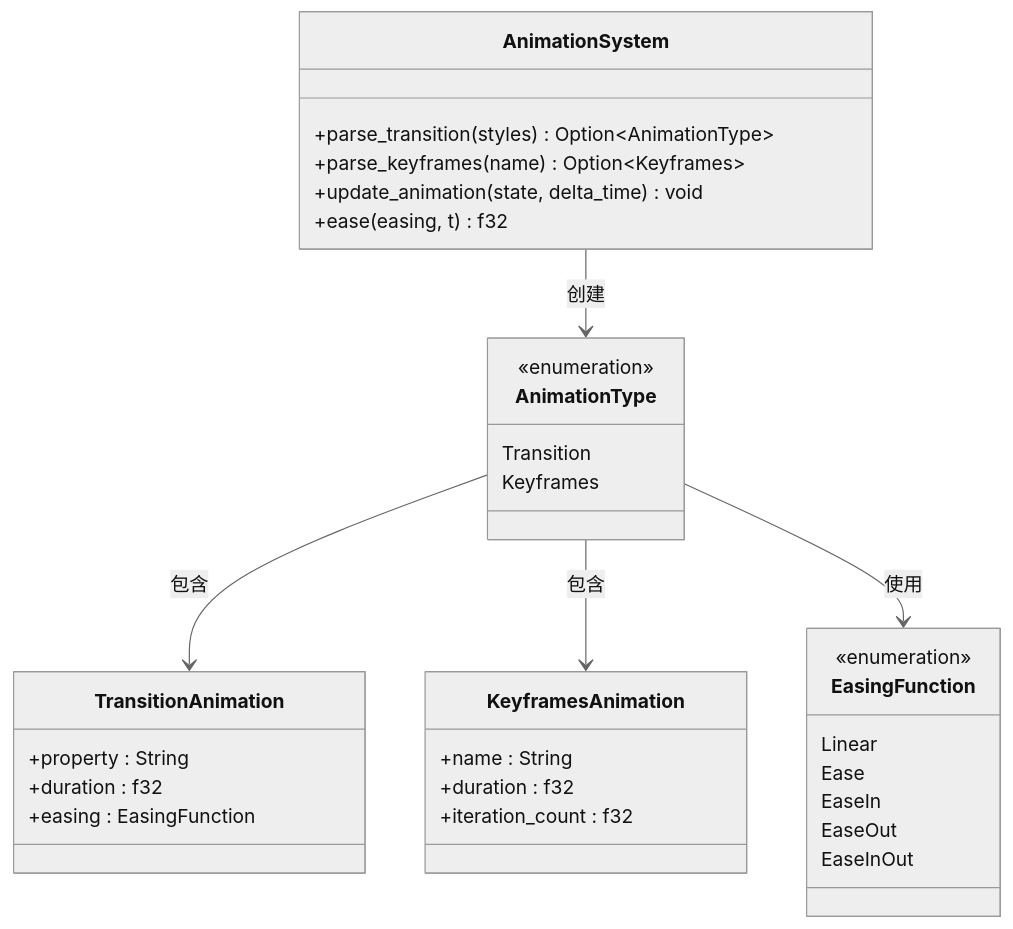
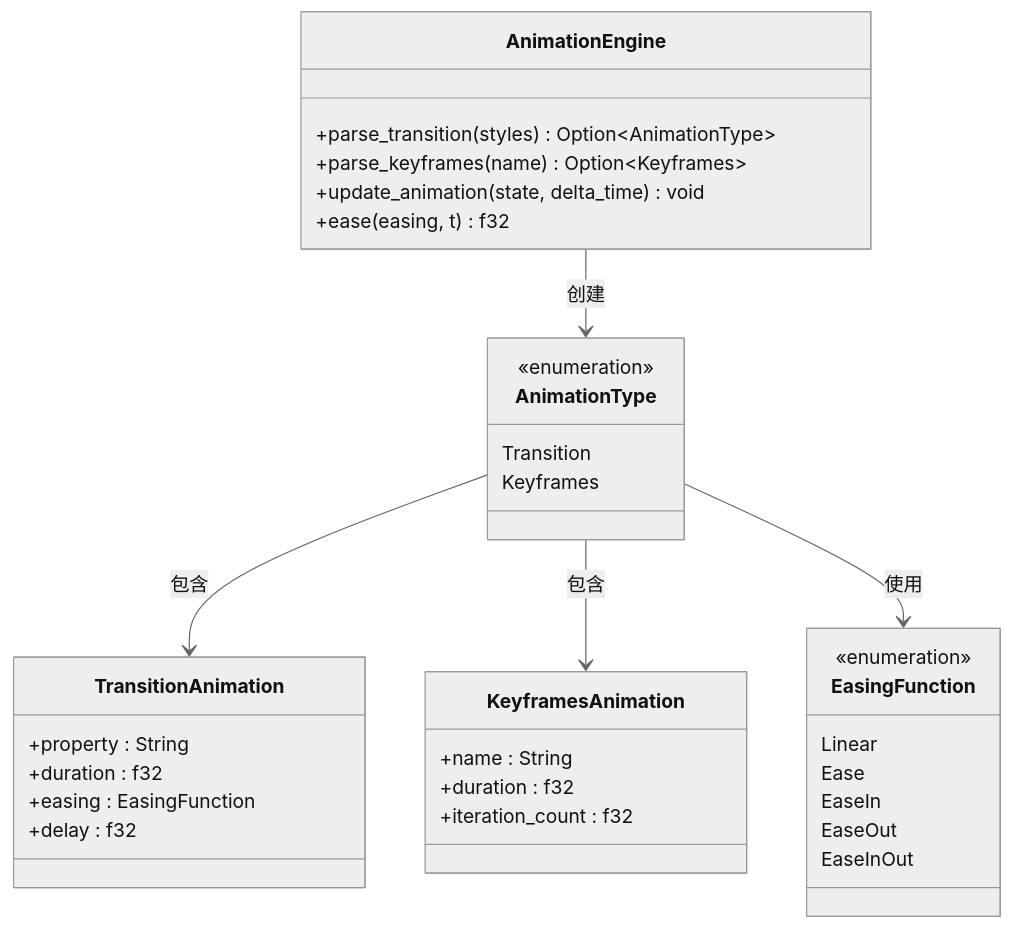
Diagram 23 of 34 in .qoder/repowiki/zh/content/核心功能特性/自研浏览器级渲染能力.md (itszzl-sudo/iris), drawn with Mermaid (neutral theme) before and after one commit. The commit also changed other lines of this file and 4 other files, not shown here.

````diff
--- a/.qoder/repowiki/zh/content/核心功能特性/自研浏览器级渲染能力.md
+++ b/.qoder/repowiki/zh/content/核心功能特性/自研浏览器级渲染能力.md
@@ -791,36 +792,37 @@
 ```mermaid
 classDiagram
-class AnimationSystem {
+class AnimationEngine {
 +parse_transition(styles) Option~AnimationType~
 +parse_keyframes(name) Option~Keyframes~
 +update_animation(state, delta_time) void
 +ease(easing, t) f32
 }
 class AnimationType {
 <<enumeration>>
 Transition
 Keyframes
 }
 class TransitionAnimation {
 +property : String
 +duration : f32
 +easing : EasingFunction
++delay : f32
 }
 class KeyframesAnimation {
 +name : String
 +duration : f32
 +iteration_count : f32
 }
 class EasingFunction {
 <<enumeration>>
 Linear
 Ease
 EaseIn
 EaseOut
 EaseInOut
 }
-AnimationSystem --> AnimationType : 创建
+AnimationEngine --> AnimationType : 创建
 AnimationType --> TransitionAnimation : 包含
 AnimationType --> KeyframesAnimation : 包含
 AnimationType --> EasingFunction : 使用
 ```
````
